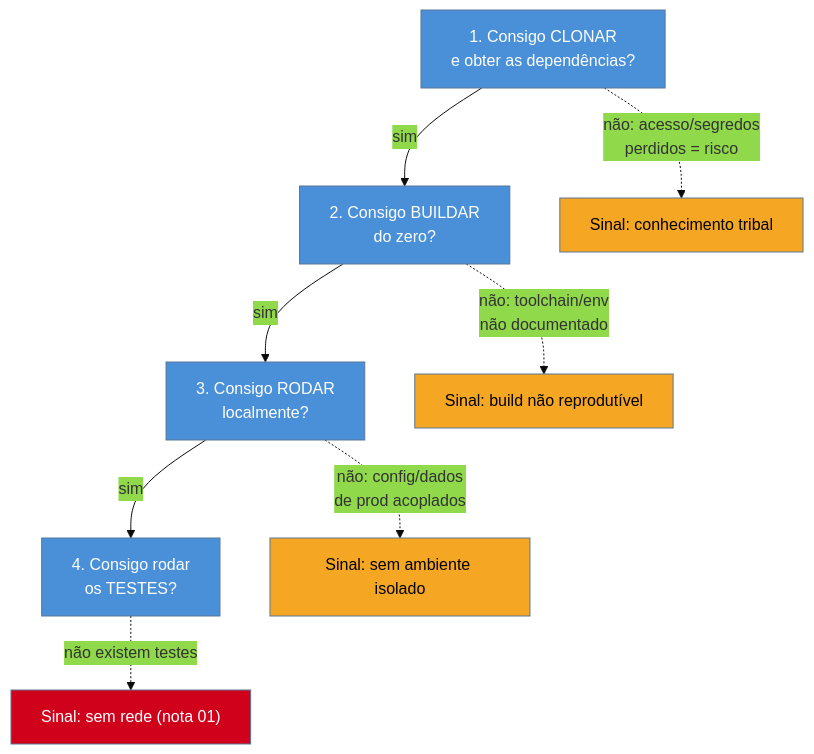
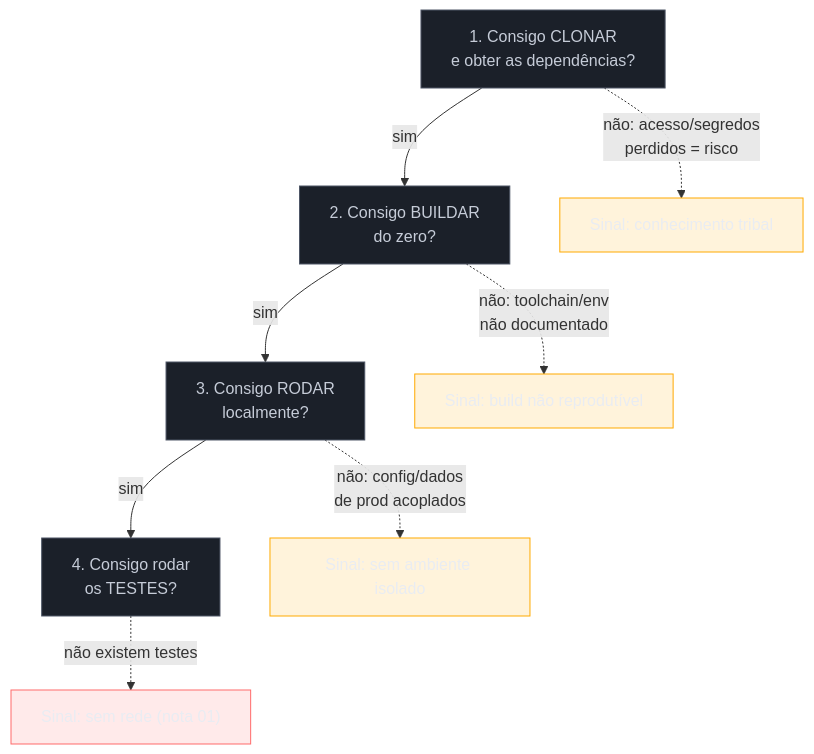
Before and after one commit to josenaldo/codex-technomanticus: the diagram in 03-Dominios/Engenharia/Arqueologia e Restauração de Software/05 - First Contact.md, drawn with Mermaid. The commit also changed 1181 other files, not shown here.

First line of the commit message:
fix(diagramas): paleta do sistema no lugar de cor cravada no markdown

````diff
--- a/03-Dominios/Engenharia/Arqueologia e Restauração de Software/05 - First Contact.md
+++ b/03-Dominios/Engenharia/Arqueologia e Restauração de Software/05 - First Contact.md
@@ -38,19 +38,21 @@
 ```mermaid
-%%{init: {"theme": "base", "themeVariables": {"primaryColor": "#4A90D9"}}}%%
 graph TD
+    classDef neutro fill:#1B2029,stroke:#4E5666,color:#C6CCD8
+    classDef destaque fill:#FFAA0024,stroke:#FFAA00,color:#E9ECF2
+    classDef falha fill:#FF6B6B24,stroke:#FF6B6B,color:#E9ECF2
     C["1. Consigo CLONAR<br/>e obter as dependências?"] -->|sim| B["2. Consigo BUILDAR<br/>do zero?"]
     B -->|sim| R["3. Consigo RODAR<br/>localmente?"]
     R -->|sim| T["4. Consigo rodar<br/>os TESTES?"]
     C -.->|"não: acesso/segredos<br/>perdidos = risco"| X1["Sinal: conhecimento tribal"]
     B -.->|"não: toolchain/env<br/>não documentado"| X2["Sinal: build não reprodutível"]
     R -.->|"não: config/dados<br/>de prod acoplados"| X3["Sinal: sem ambiente isolado"]
     T -.->|"não existem testes"| X4["Sinal: sem rede (nota 01)"]
-    style C fill:#4A90D9,color:#fff
-    style B fill:#4A90D9,color:#fff
-    style R fill:#4A90D9,color:#fff
-    style T fill:#4A90D9,color:#fff
-    style X1 fill:#F5A623,color:#000
-    style X2 fill:#F5A623,color:#000
-    style X3 fill:#F5A623,color:#000
-    style X4 fill:#D0021B,color:#fff
+    class C neutro
+    class B neutro
+    class R neutro
+    class T neutro
+    class X1 destaque
+    class X2 destaque
+    class X3 destaque
+    class X4 falha
 ```
````
